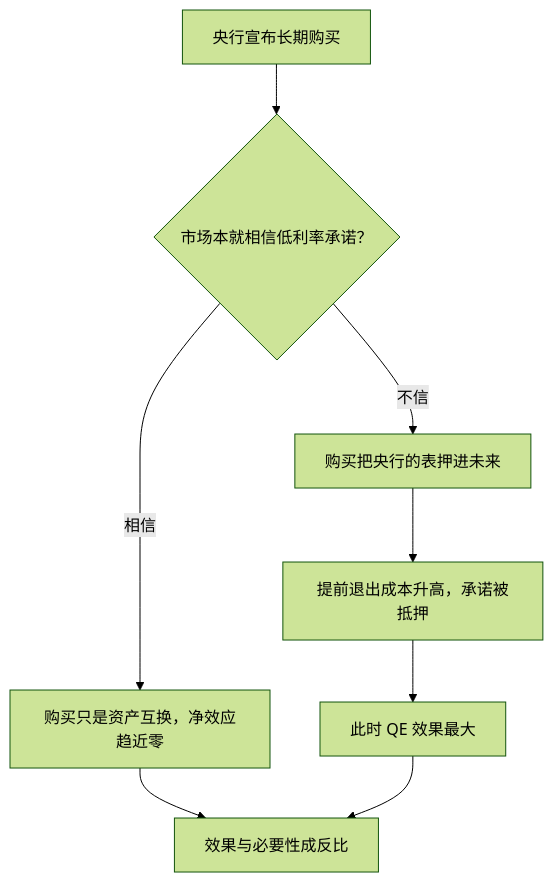
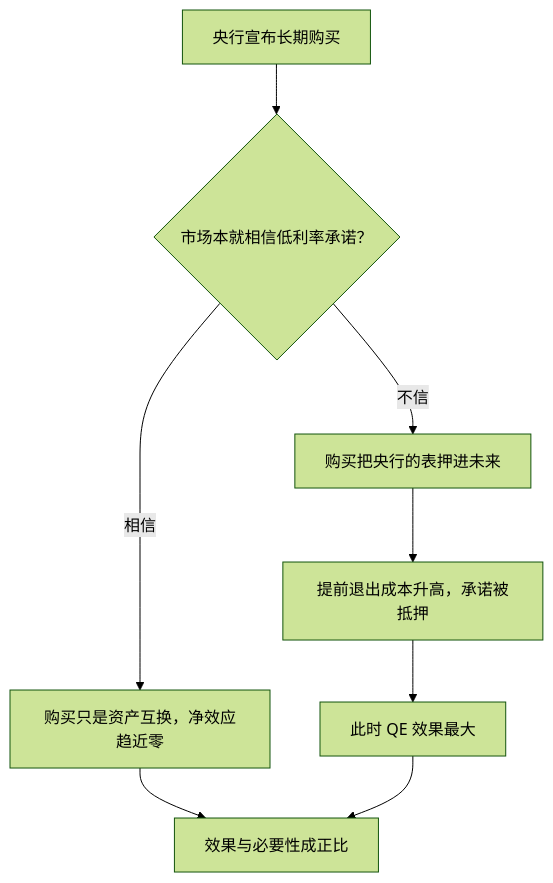
Before and after one commit to xhongduo-tech/xhongduo-tech.github.io: the second of 2 diagrams in docs/econ/mt-qe-theory.md, drawn with Mermaid (forest theme). The commit also changed other lines of this file and 5 other files, not shown here.

````diff
--- a/docs/econ/mt-qe-theory.md
+++ b/docs/econ/mt-qe-theory.md
@@ -55,10 +55,10 @@
 ```mermaid
 flowchart TD
   BUY["央行宣布长期购买"] --> Q{"市场本就相信低利率承诺？"}
   Q -- "相信" --> SWAP["购买只是资产互换，净效应趋近零"]
   Q -- "不信" --> MORT["购买把央行的表押进未来"]
   MORT --> CRED["提前退出成本升高，承诺被抵押"]
   CRED --> BIG["此时 QE 效果最大"]
-  SWAP --> PARA["效果与必要性成反比"]
+  SWAP --> PARA["效果与必要性成正比"]
   BIG --> PARA
 ```
````
